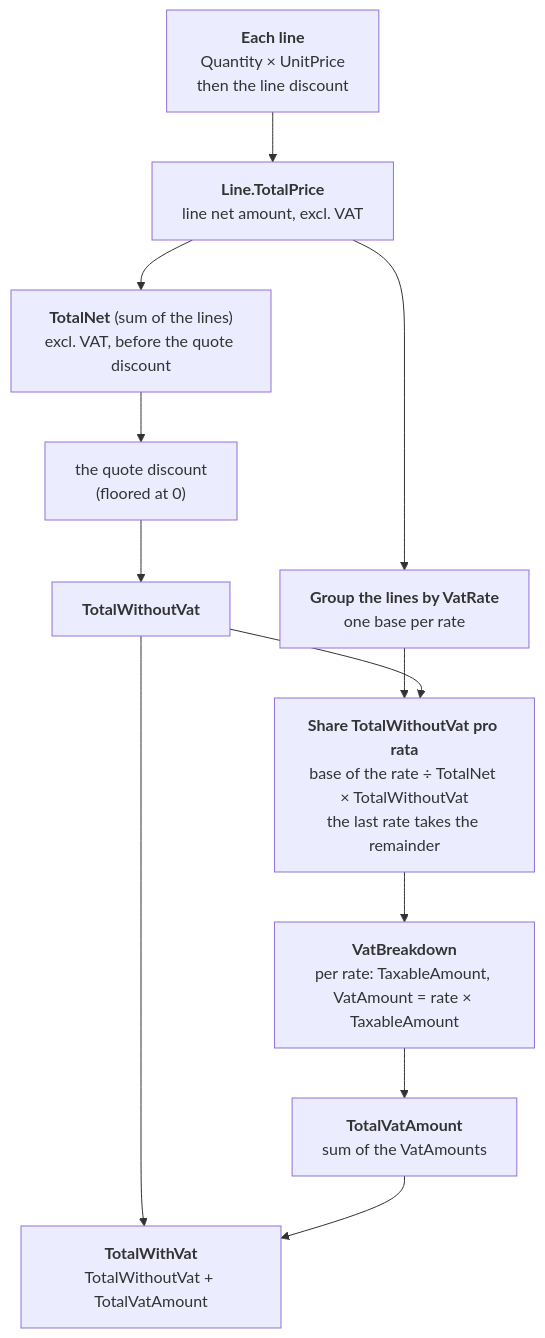
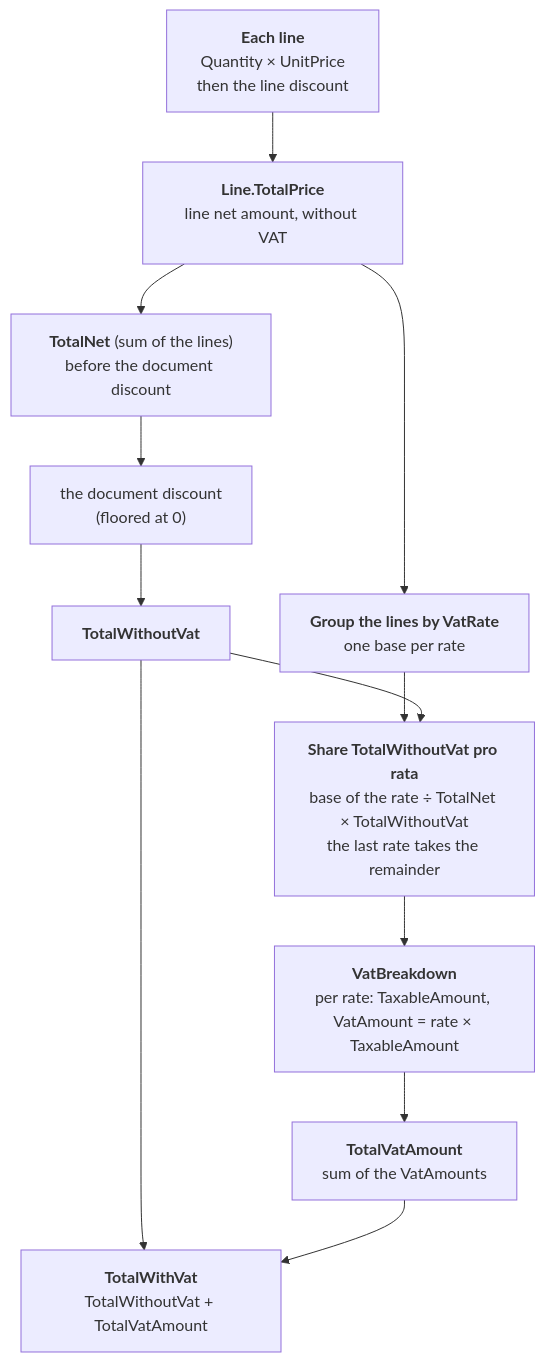
One commit to MarineLouWork/ChaChing changed the fifth of 5 diagrams in docs/domain-model.md. Above: the diagram before and after it, drawn with Mermaid. The commit also changed other lines of this file and 52 other files, not shown here.

````diff
--- a/docs/domain-model.md
+++ b/docs/domain-model.md
@@ -177,14 +268,14 @@
 ```mermaid
 flowchart TD
-    L["<b>Each line</b><br/>Quantity × UnitPrice<br/>then the line discount"] --> TP["<b>Line.TotalPrice</b><br/>line net amount, excl. VAT"]
-    TP --> S["<b>TotalNet</b> (sum of the lines)<br/>excl. VAT, before the quote discount"]
-    S --> D["the quote discount<br/>(floored at 0)"]
+    L["<b>Each line</b><br/>Quantity × UnitPrice<br/>then the line discount"] --> TP["<b>Line.TotalPrice</b><br/>line net amount, without VAT"]
+    TP --> S["<b>TotalNet</b> (sum of the lines)<br/>before the document discount"]
+    S --> D["the document discount<br/>(floored at 0)"]
     D --> TW["<b>TotalWithoutVat</b>"]
     TP --> G["<b>Group the lines by VatRate</b><br/>one base per rate"]
     G --> P["<b>Share TotalWithoutVat pro rata</b><br/>base of the rate ÷ TotalNet × TotalWithoutVat<br/>the last rate takes the remainder"]
     TW --> P
     P --> B["<b>VatBreakdown</b><br/>per rate: TaxableAmount, VatAmount = rate × TaxableAmount"]
     B --> TV["<b>TotalVatAmount</b><br/>sum of the VatAmounts"]
     TW --> TT["<b>TotalWithVat</b><br/>TotalWithoutVat + TotalVatAmount"]
     TV --> TT
 ```
````
